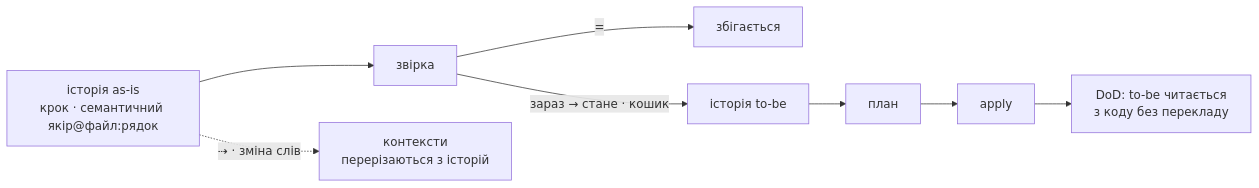
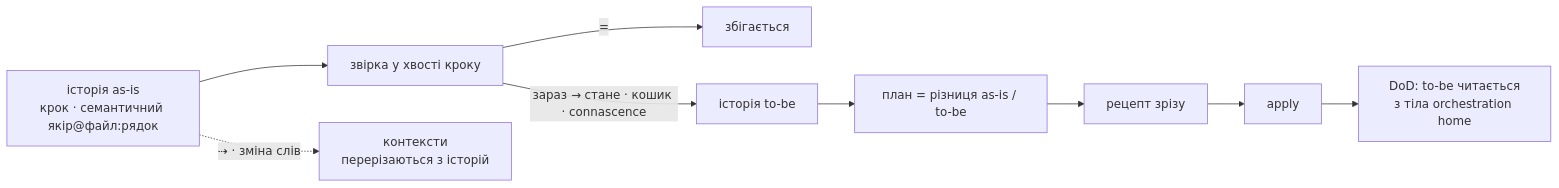
One commit to romxnb/restrukt changed the third of 3 diagrams in README.md. Above: the diagram before and after it, drawn with Mermaid. The commit also changed other lines of this file and 30 other files, not shown here.

````diff
--- a/README.md
+++ b/README.md
@@ -38,10 +48,11 @@
 ```mermaid
 flowchart LR
-  A["історія as-is<br/>крок · семантичний якір@файл:рядок"] --> Z["звірка"]
+  A["історія as-is<br/>крок · семантичний якір@файл:рядок"] --> Z["звірка у хвості кроку"]
   Z -->|=| K[збігається]
-  Z -->|"зараз → стане · кошик"| T["історія to-be"]
-  T --> P["план"]
-  P --> X["apply"]
-  X --> DoD["DoD: to-be читається<br/>з коду без перекладу"]
+  Z -->|"зараз → стане · кошик · connascence"| T["історія to-be"]
+  T --> P["план = різниця as-is / to-be"]
+  P --> R["рецепт зрізу"]
+  R --> X["apply"]
+  X --> DoD["DoD: to-be читається<br/>з тіла orchestration home"]
   A -.->|"⇢ · зміна слів"| C["контексти<br/>перерізаються з історій"]
 ```
````
